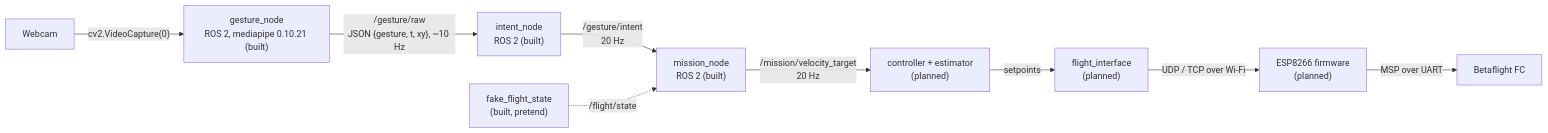
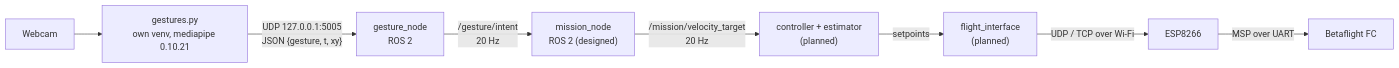
Before and after one commit to SEAME-pt/SEA-ME_Team1_ROSRangers: the diagram in docs/PraticalPlan/06 Gestures/00 Gesture Pipeline.md, drawn with Mermaid. The commit also changed other lines of this file and 73 other files, not shown here.

````diff
--- a/docs/PraticalPlan/06 Gestures/00 Gesture Pipeline.md
+++ b/docs/PraticalPlan/06 Gestures/00 Gesture Pipeline.md
@@ -29,11 +29,10 @@
 ```mermaid
 flowchart LR
-  W[Webcam] -->|"cv2.VideoCapture(0)"| R["gesture_node<br/>ROS 2, mediapipe 0.10.21 (built)"]
-  R -->|"/gesture/raw<br/>JSON {gesture, t, xy}, ~10 Hz"| G["intent_node<br/>ROS 2 (built)"]
-  G -->|"/gesture/intent<br/>20 Hz"| M["mission_node<br/>ROS 2 (built)"]
-  FFS["fake_flight_state<br/>(built, pretend)"] -.->|"/flight/state"| M
+  W[Webcam] --> R["gestures.py<br/>own venv, mediapipe 0.10.21"]
+  R -->|"UDP 127.0.0.1:5005<br/>JSON {gesture, t, xy}"| G["gesture_node<br/>ROS 2"]
+  G -->|"/gesture/intent<br/>20 Hz"| M["mission_node<br/>ROS 2 (designed)"]
   M -->|"/mission/velocity_target<br/>20 Hz"| C["controller + estimator<br/>(planned)"]
   C -->|setpoints| FI["flight_interface<br/>(planned)"]
-  FI -->|"UDP / TCP over Wi-Fi"| E["ESP8266 firmware<br/>(planned)"]
+  FI -->|"UDP / TCP over Wi-Fi"| E[ESP8266]
   E -->|"MSP over UART"| FC[Betaflight FC]
 ```
````
